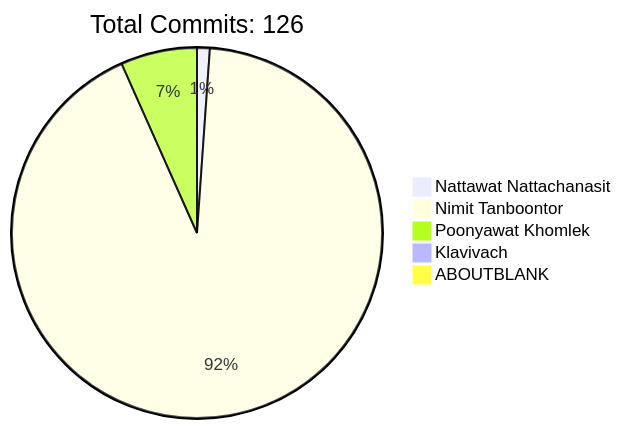
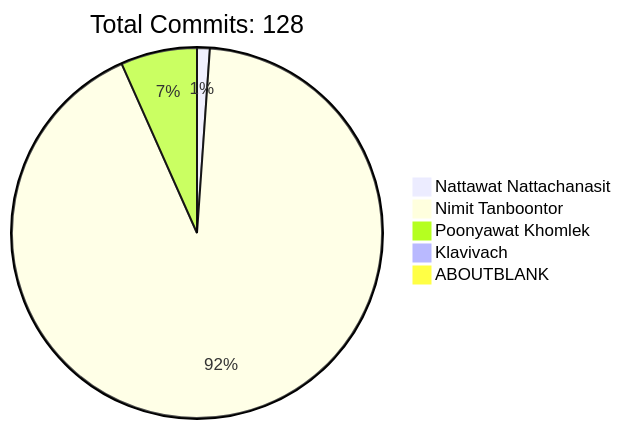
One commit to HLLC-MFU/HLLC-2025 changed the diagram in README.md. Above: the diagram before and after it, drawn with Mermaid. The commit also changed other lines of this file, not shown here.

````diff
--- a/README.md
+++ b/README.md
@@ -170,9 +170,9 @@
 ```mermaid
 pie
-    title Total Commits: 126
+    title Total Commits: 128
     "Nattawat Nattachanasit" : 1
     "Nimit Tanboontor" : 83
     "Poonyawat Khomlek" : 6
     "Klavivach" : 0
     "ABOUTBLANK" : 0
 ```
````
